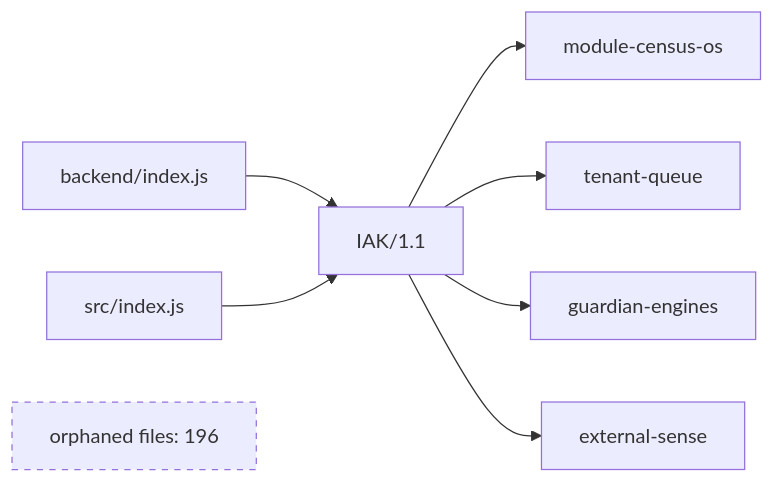
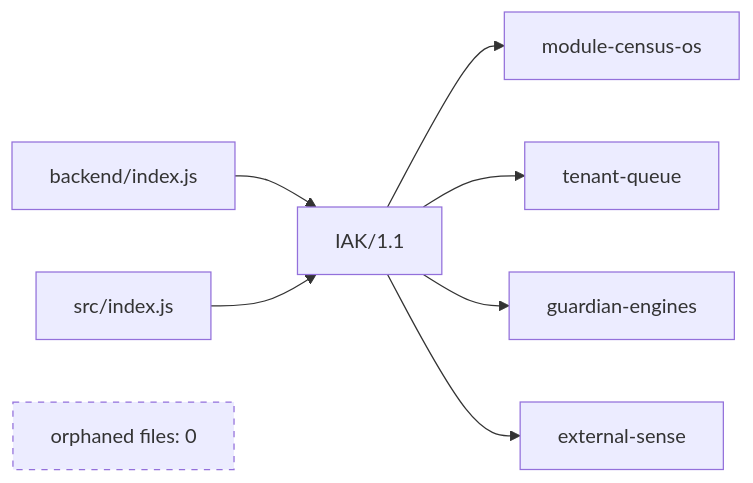
One commit to ruffy80/ZeusAI changed the diagram in UNICORN_FINAL/SYSTEM_MAP.md. Above: the diagram before and after it, drawn with Mermaid. The commit also changed other lines of this file and 20 other files, not shown here.

````diff
--- a/UNICORN_FINAL/SYSTEM_MAP.md
+++ b/UNICORN_FINAL/SYSTEM_MAP.md
@@ -13,11 +13,11 @@
 ```mermaid
 flowchart LR
   backend["backend/index.js"] --> iak["IAK/1.1"]
   site["src/index.js"] --> iak
   iak --> census["module-census-os"]
   iak --> queue["tenant-queue"]
   iak --> guardian["guardian-engines"]
   iak --> sense["external-sense"]
-  orphans["orphaned files: 196"]:::gap
+  orphans["orphaned files: 0"]:::gap
   classDef gap stroke-dasharray: 5 5
 ```
````
